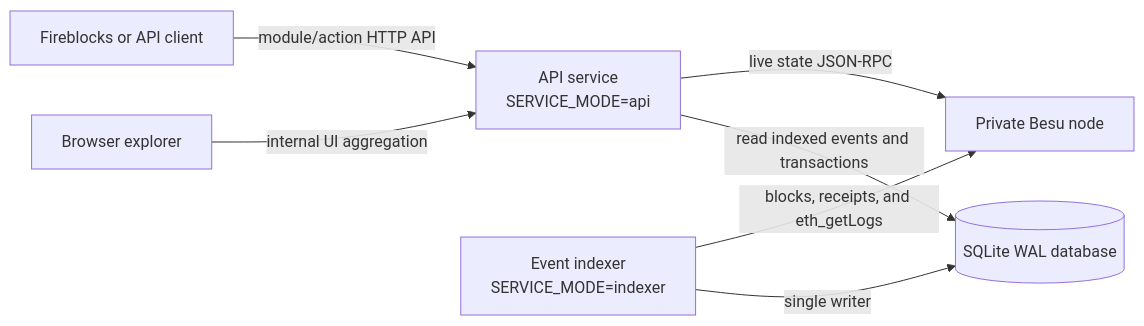
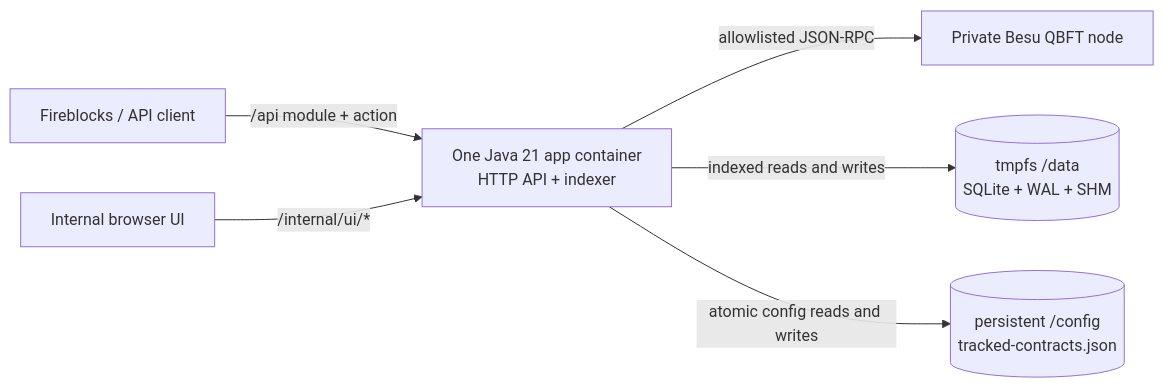
Before and after one commit to WangWang0226/da-rpc-proxy: the first of 2 diagrams in docs/architecture-overview.md, drawn with Mermaid. The commit also changed other lines of this file and 16 other files, not shown here.

Commit message:
Refactor indexer to single-container tmpfs architecture

````diff
--- a/docs/architecture-overview.md
+++ b/docs/architecture-overview.md
@@ -20,16 +18,15 @@
 ```mermaid
 flowchart LR
-    FB[Fireblocks or API client]
-    UI[Browser explorer]
-    API[API service<br/>SERVICE_MODE=api]
-    IDX[Event indexer<br/>SERVICE_MODE=indexer]
-    BESU[Private Besu node]
-    DB[(SQLite WAL database)]
+    FB[Fireblocks / API client]
+    UI[Internal browser UI]
+    APP[One Java 21 app container<br/>HTTP API + indexer]
+    BESU[Private Besu QBFT node]
+    RAM[(tmpfs /data<br/>SQLite + WAL + SHM)]
+    CFG[(persistent /config<br/>tracked-contracts.json)]
 
-    FB -->|module/action HTTP API| API
-    UI -->|internal UI aggregation| API
-    API -->|live state JSON-RPC| BESU
-    IDX -->|blocks, receipts, and eth_getLogs| BESU
-    IDX -->|single writer| DB
-    API -->|read indexed events and transactions| DB
+    FB -->|/api module + action| APP
+    UI -->|/internal/ui/*| APP
+    APP -->|allowlisted JSON-RPC| BESU
+    APP -->|indexed reads and writes| RAM
+    APP -->|atomic config reads and writes| CFG
 ```
````
